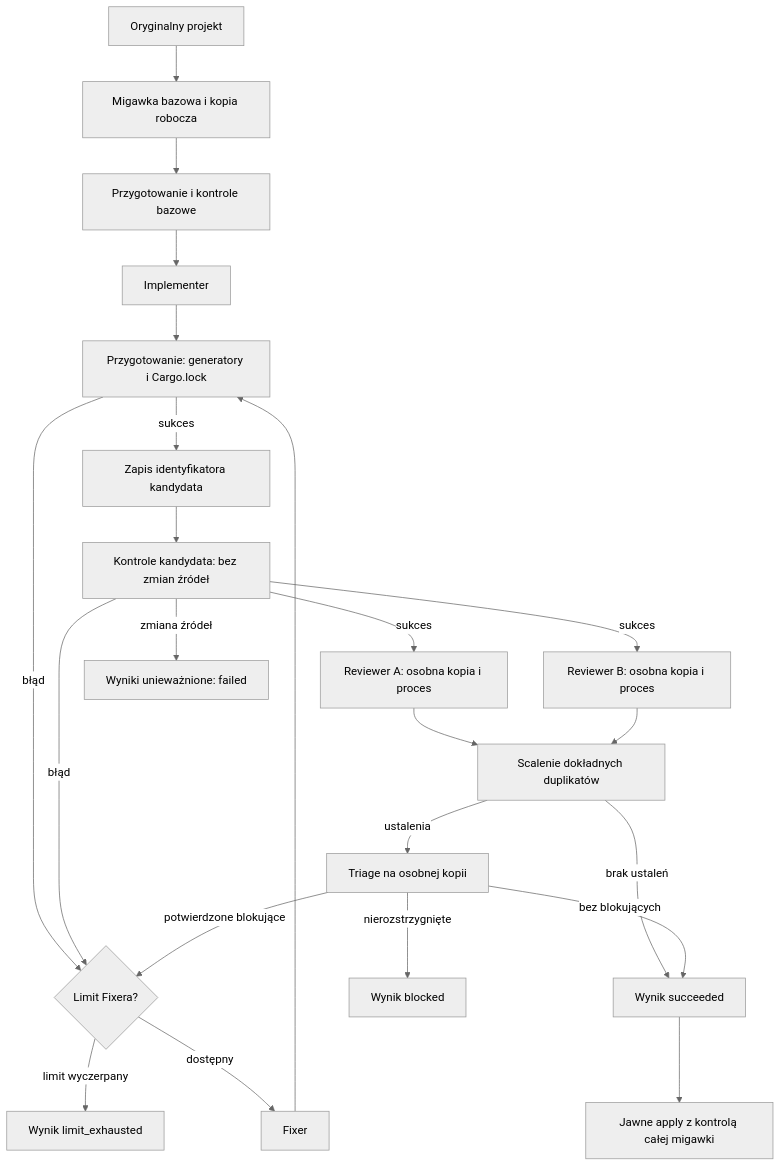
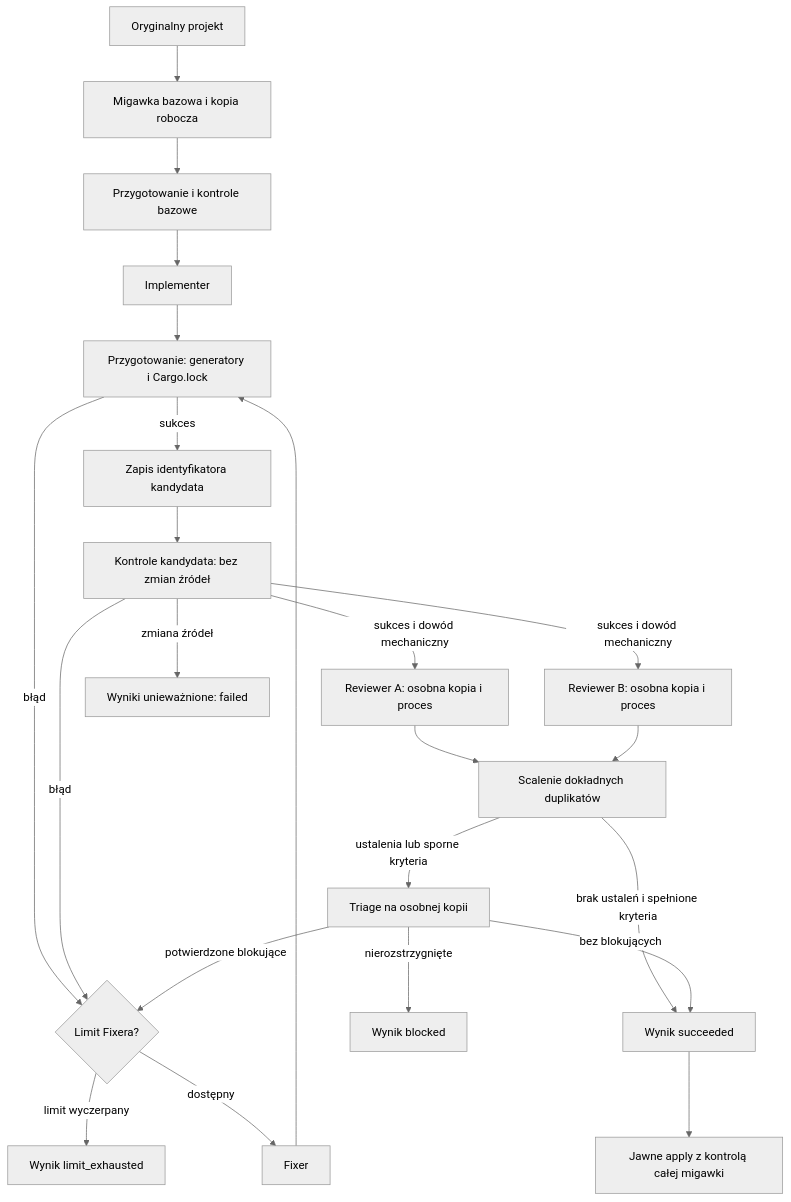
Before and after one commit to rtmachines/bb-rust-workflow: the diagram in docs/architecture.md, drawn with Mermaid (neutral theme). The commit also changed other lines of this file and 20 other files, not shown here.

````diff
--- a/docs/architecture.md
+++ b/docs/architecture.md
@@ -7,25 +7,25 @@
 ```mermaid
 flowchart TD
     A[Oryginalny projekt] --> B[Migawka bazowa i kopia robocza]
     B --> C[Przygotowanie i kontrole bazowe]
     C --> D[Implementer]
     D --> Q[Przygotowanie: generatory i Cargo.lock]
     Q -->|sukces| G[Zapis identyfikatora kandydata]
     Q -->|błąd| F
     G --> E[Kontrole kandydata: bez zmian źródeł]
     E -->|błąd| F{Limit Fixera?}
-    E -->|sukces| H[Reviewer A: osobna kopia i proces]
-    E -->|sukces| I[Reviewer B: osobna kopia i proces]
+    E -->|sukces i dowód mechaniczny| H[Reviewer A: osobna kopia i proces]
+    E -->|sukces i dowód mechaniczny| I[Reviewer B: osobna kopia i proces]
     E -->|zmiana źródeł| R[Wyniki unieważnione: failed]
     H --> J[Scalenie dokładnych duplikatów]
     I --> J
-    J -->|ustalenia| K[Triage na osobnej kopii]
-    J -->|brak ustaleń| L[Wynik succeeded]
+    J -->|ustalenia lub sporne kryteria| K[Triage na osobnej kopii]
+    J -->|brak ustaleń i spełnione kryteria| L[Wynik succeeded]
     K -->|nierozstrzygnięte| M[Wynik blocked]
     K -->|potwierdzone blokujące| F
     K -->|bez blokujących| L
     F -->|limit wyczerpany| N[Wynik limit_exhausted]
     F -->|dostępny| O[Fixer]
     O --> Q
     L --> P[Jawne apply z kontrolą całej migawki]
 ```
````
